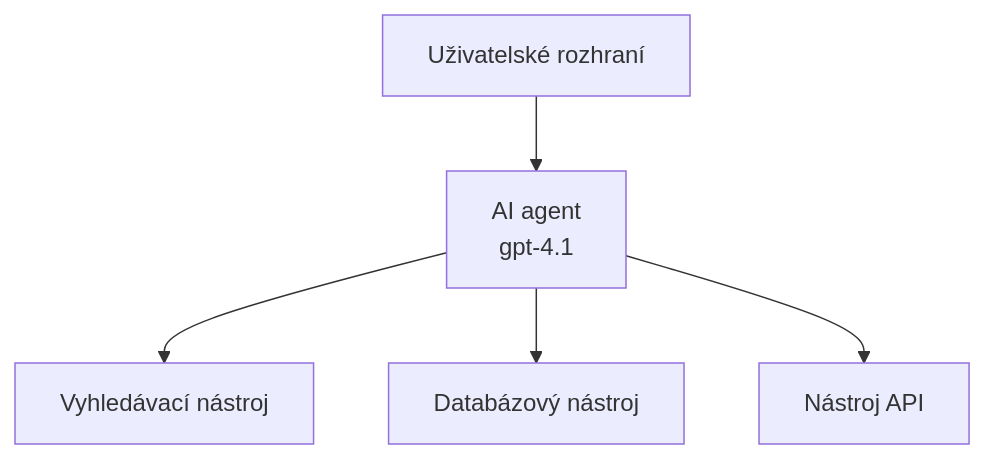
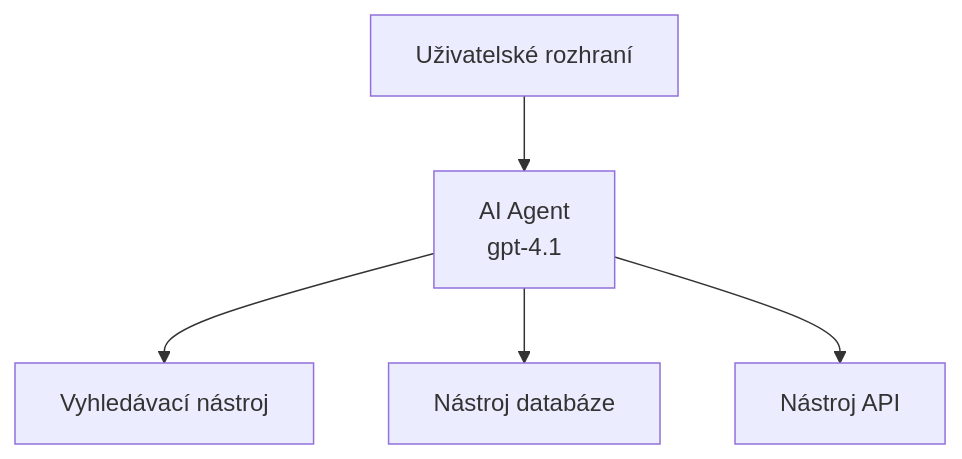
The first of 3 diagrams in translations/cs/docs/chapter-02-ai-development/agents.md (microsoft/AZD-for-beginners), drawn with Mermaid before and after one commit. The commit also changed other lines of this file and 61 other files, not shown here.

````diff
--- a/translations/cs/docs/chapter-02-ai-development/agents.md
+++ b/translations/cs/docs/chapter-02-ai-development/agents.md
@@ -162,7 +162,7 @@
 ```mermaid
 graph TD
-    UI[Uživatelské rozhraní] --> Agent[AI agent<br/>gpt-4.1]
+    UI[Uživatelské rozhraní] --> Agent[AI Agent<br/>gpt-4.1]
     Agent --> Search[Vyhledávací nástroj]
-    Agent --> Database[Databázový nástroj]
+    Agent --> Database[Nástroj databáze]
     Agent --> API[Nástroj API]
 ```
````
